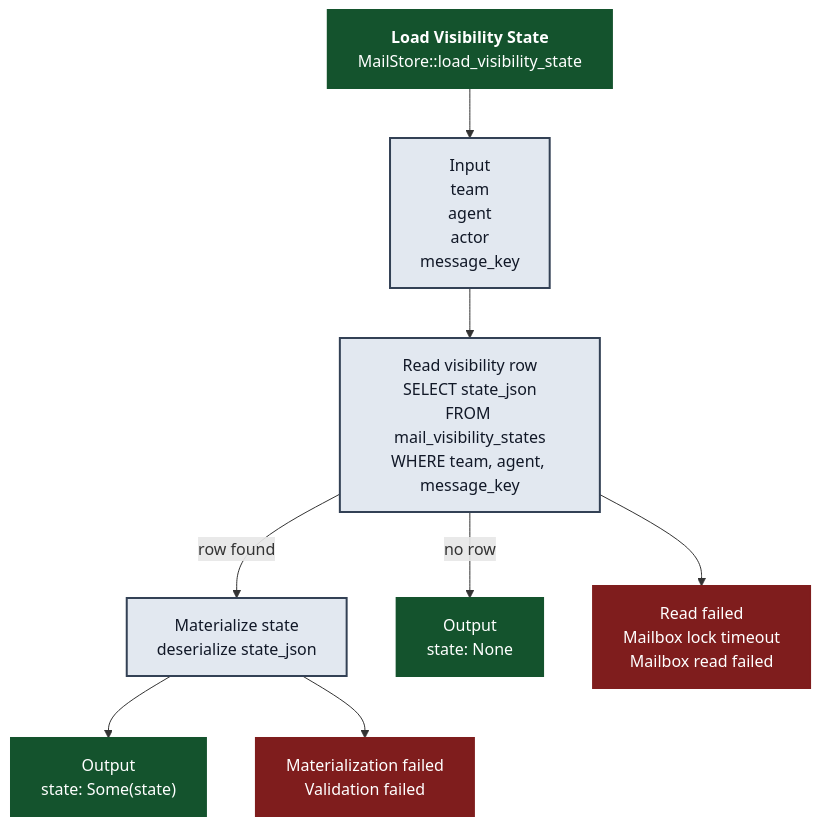
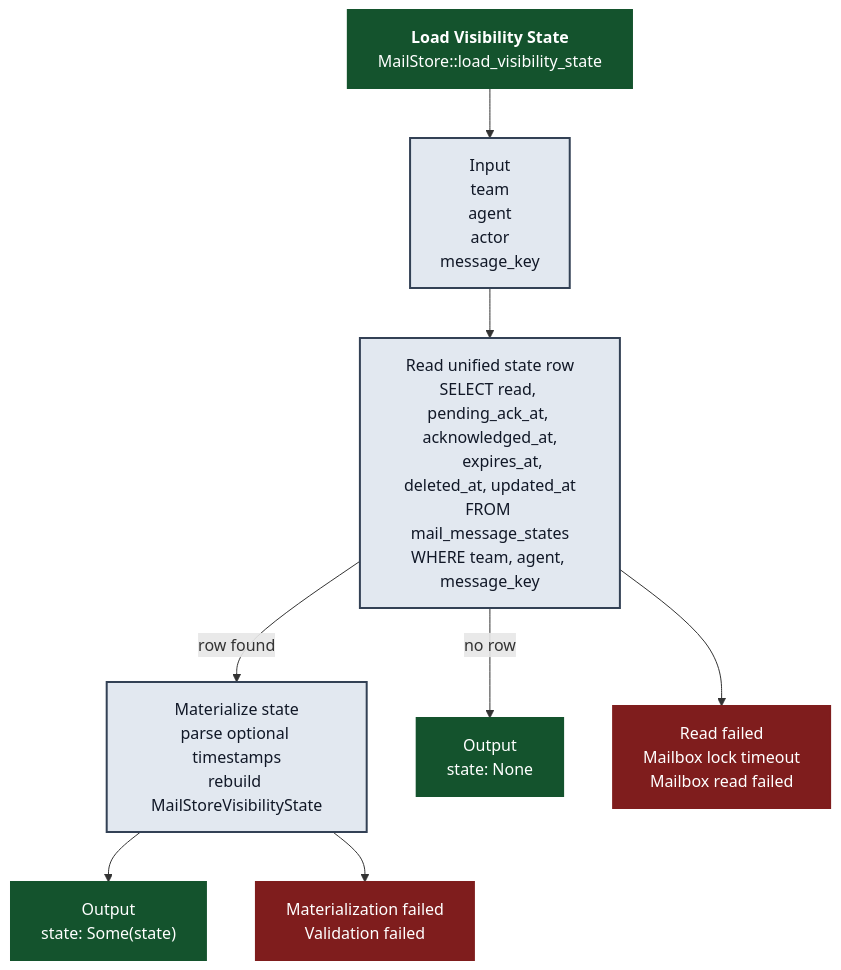
One commit to randlee/atm-core changed the diagram in docs/atm-rusqlite/sql_load-visibility-state.mmd. Above: the diagram before and after it, drawn with Mermaid. The commit also changed 26 other files, not shown here.

```diff
--- a/docs/atm-rusqlite/sql_load-visibility-state.mmd
+++ b/docs/atm-rusqlite/sql_load-visibility-state.mmd
@@ -1,37 +1,39 @@
 %% title: `Load Visibility State`
 %% summary: SQLite boundary method `MailStore::load_visibility_state`.
-%% commentary: This SQL-boundary path reads one visibility-state JSON row and returns `None` when no row exists.
-%% read_tables: mail_visibility_states
+%% commentary: This SQL-boundary path reads one unified `mail_message_states` row and returns `None` when no row exists.
+%% read_tables: mail_message_states
 %% write_tables:
 %% notes: reads: 1 | writes: 0 | joins: 0 | transactions: 0
 %% sets: query
 flowchart TD
     A["<b>Load Visibility State</b><br/>MailStore::load_visibility_state"]
     A --> I["Input
 team
 agent
 actor
 message_key"]
-    I --> R["Read visibility row
-SELECT state_json
-FROM mail_visibility_states
+    I --> R["Read unified state row
+SELECT read, pending_ack_at, acknowledged_at,
+       expires_at, deleted_at, updated_at
+FROM mail_message_states
 WHERE team, agent, message_key"]
     R -->|row found| M["Materialize state
-deserialize state_json"]
+parse optional timestamps
+rebuild MailStoreVisibilityState"]
     R -->|no row| O0["Output
 state: None"]
     M --> O1["Output
 state: Some(state)"]
     R --> ER["Read failed
 Mailbox lock timeout
 Mailbox read failed"]
     M --> EM["Materialization failed
 Validation failed"]
 
     classDef happy fill:#14532d,color:#ffffff,stroke:#14532d,stroke-width:2px;
     classDef error fill:#7f1d1d,color:#ffffff,stroke:#7f1d1d,stroke-width:2px;
     classDef neutral fill:#e2e8f0,color:#111827,stroke:#334155,stroke-width:2px;
 
     class A,O0,O1 happy;
     class ER,EM error;
     class I,R,M neutral;
```
